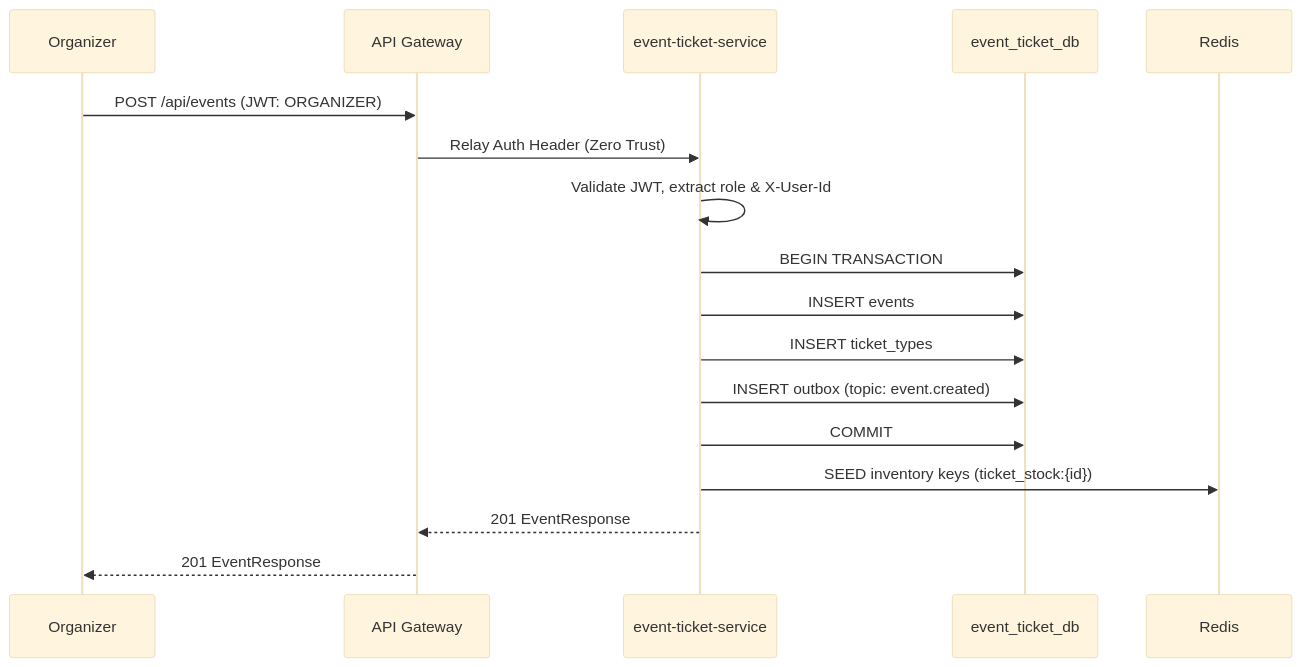
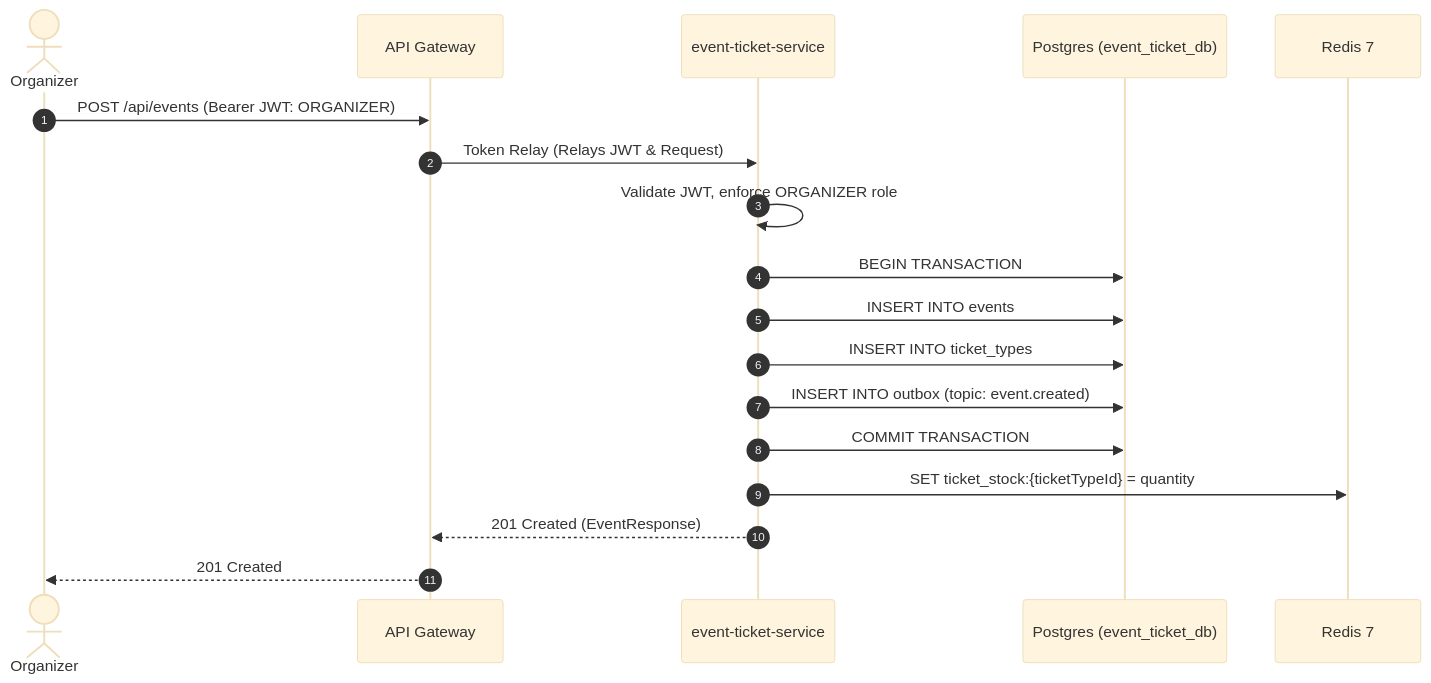
Before and after one commit to tcnguywn/event-ticket-booking: the second of 5 diagrams in docs/analysis-and-design.md, drawn with Mermaid (base theme). The commit also changed other lines of this file and 2 other files, not shown here.

````diff
--- a/docs/analysis-and-design.md
+++ b/docs/analysis-and-design.md
@@ -144,20 +194,21 @@
 ```mermaid
 sequenceDiagram
-    participant O as Organizer
+    autonumber
+    actor Organizer
     participant GW as API Gateway
     participant ETS as event-ticket-service
-    participant DB as event_ticket_db
-    participant R as Redis
+    participant DB as Postgres (event_ticket_db)
+    participant Redis as Redis 7
 
-    O->>GW: POST /api/events (JWT: ORGANIZER)
-    GW->>ETS: Relay Auth Header (Zero Trust)
-    ETS->>ETS: Validate JWT, extract role & X-User-Id
+    Organizer->>GW: POST /api/events (Bearer JWT: ORGANIZER)
+    GW->>ETS: Token Relay (Relays JWT & Request)
+    ETS->>ETS: Validate JWT, enforce ORGANIZER role
     ETS->>DB: BEGIN TRANSACTION
-    ETS->>DB: INSERT events
-    ETS->>DB: INSERT ticket_types
-    ETS->>DB: INSERT outbox (topic: event.created)
-    ETS->>DB: COMMIT
-    ETS->>R: SEED inventory keys (ticket_stock:{id})
-    ETS-->>GW: 201 EventResponse
-    GW-->>O: 201 EventResponse
+    ETS->>DB: INSERT INTO events
+    ETS->>DB: INSERT INTO ticket_types
+    ETS->>DB: INSERT INTO outbox (topic: event.created)
+    ETS->>DB: COMMIT TRANSACTION
+    ETS->>Redis: SET ticket_stock:{ticketTypeId} = quantity
+    ETS-->>GW: 201 Created (EventResponse)
+    GW-->>Organizer: 201 Created
 ```
````
